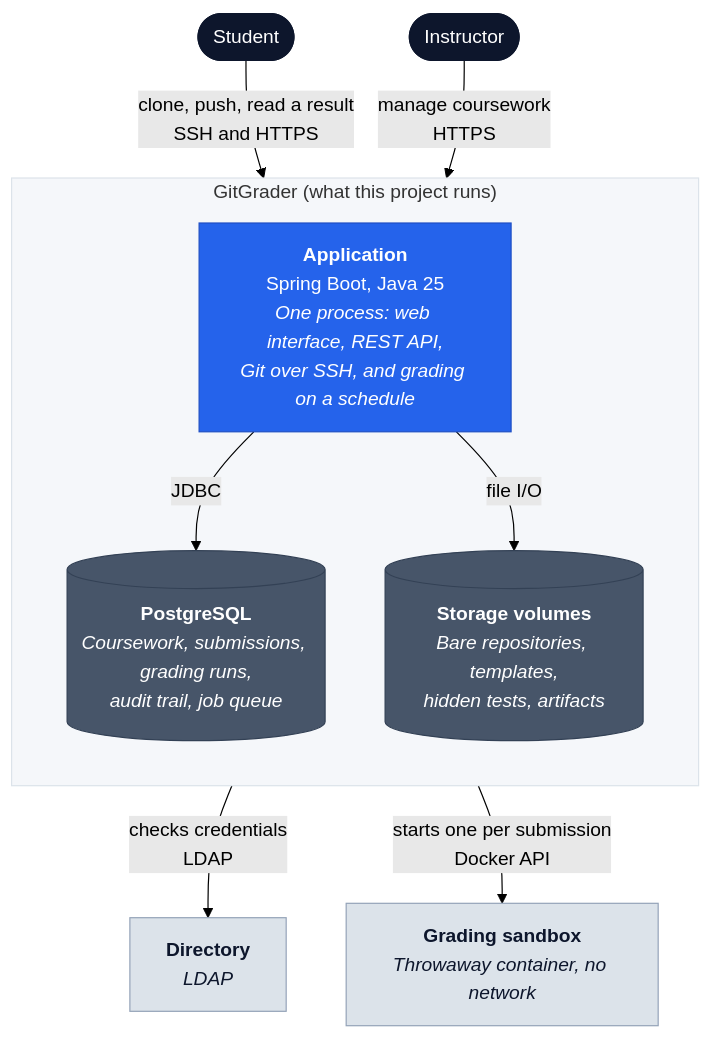
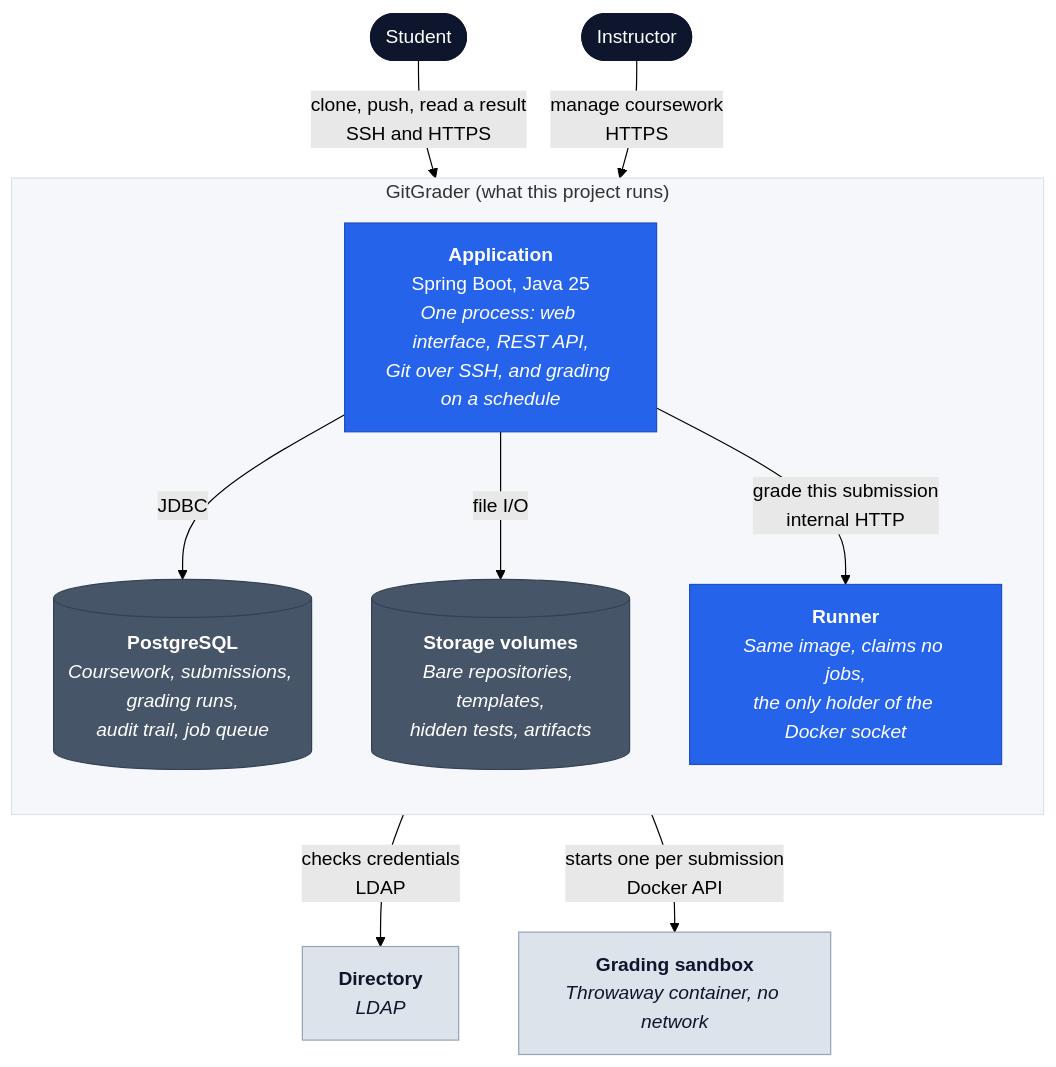
The first of 3 diagrams in docs/architecture.md (git-grader/gitgrader), drawn with Mermaid (forest theme) before and after one commit. The commit also changed 26 other files, not shown here.

First line of the commit message:
feat(grading): take the Docker socket away from the web application

````diff
--- a/docs/architecture.md
+++ b/docs/architecture.md
@@ -9,28 +9,30 @@
 ```mermaid
 flowchart TB
   student([Student]):::person
   instructor([Instructor]):::person
 
   subgraph gg["GitGrader (what this project runs)"]
     direction TB
     app["<b>Application</b><br/>Spring Boot, Java 25<br/><i>One process: web interface, REST API,<br/>Git over SSH, and grading on a schedule</i>"]:::container
     db[("<b>PostgreSQL</b><br/><i>Coursework, submissions, grading runs,<br/>audit trail, job queue</i>")]:::store
     vols[("<b>Storage volumes</b><br/><i>Bare repositories, templates,<br/>hidden tests, artifacts</i>")]:::store
+    runner["<b>Runner</b><br/><i>Same image, claims no jobs,<br/>the only holder of the Docker socket</i>"]:::container
   end
 
   directory["<b>Directory</b><br/><i>LDAP</i>"]:::external
   sandbox["<b>Grading sandbox</b><br/><i>Throwaway container, no network</i>"]:::external
 
   student -->|"clone, push, read a result<br/>SSH and HTTPS"| app
   instructor -->|"manage coursework<br/>HTTPS"| app
   app -->|"JDBC"| db
   app -->|"file I/O"| vols
   app -->|"checks credentials<br/>LDAP"| directory
-  app -->|"starts one per submission<br/>Docker API"| sandbox
+  app -->|"grade this submission<br/>internal HTTP"| runner
+  runner -->|"starts one per submission<br/>Docker API"| sandbox
 
   classDef person fill:#0D162C,color:#fff,stroke:#0D162C
   classDef container fill:#2563EB,color:#fff,stroke:#1e4fc4
   classDef store fill:#475569,color:#fff,stroke:#334155
   classDef external fill:#DCE3EA,color:#0D162C,stroke:#94a3b8
   style gg fill:#F5F7FA,stroke:#DCE3EA
 ```
````
